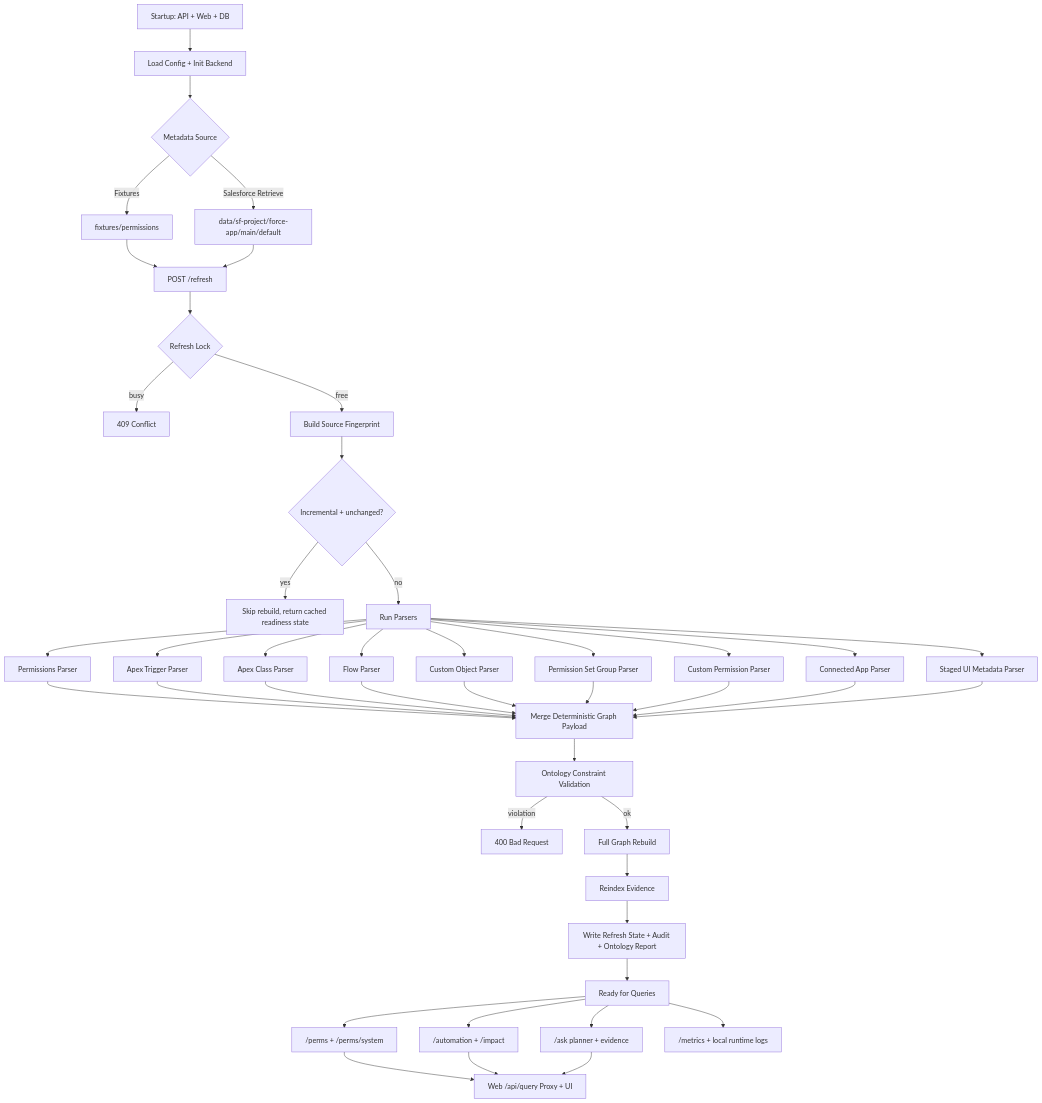
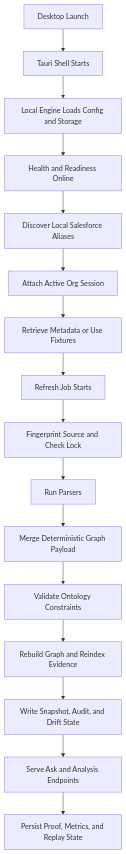
One commit to DigitalDreams-ai/OrgGraph changed the first of 2 diagrams in docs/ORGUMENTED_LIFECYCLE.md. Above: the diagram before and after it, drawn with Mermaid. The commit also changed other lines of this file and 15 other files, not shown here.

````diff
--- a/docs/ORGUMENTED_LIFECYCLE.md
+++ b/docs/ORGUMENTED_LIFECYCLE.md
@@ -119,56 +104,18 @@
 ```mermaid
 flowchart TD
-    A[Startup: API + Web + DB] --> B[Load Config + Init Backend]
-    B --> C{Metadata Source}
-    C -->|Fixtures| D[fixtures/permissions]
-    C -->|Salesforce Retrieve| E[data/sf-project/force-app/main/default]
-
-    D --> F[POST /refresh]
-    E --> F
-
-    F --> G{Refresh Lock}
-    G -->|busy| H[409 Conflict]
-    G -->|free| I[Build Source Fingerprint]
-
-    I --> J{Incremental + unchanged?}
-    J -->|yes| K[Skip rebuild, return cached readiness state]
-    J -->|no| L[Run Parsers]
-
-    L --> L1[Permissions Parser]
-    L --> L2[Apex Trigger Parser]
-    L --> L3[Apex Class Parser]
-    L --> L4[Flow Parser]
-    L --> L5[Custom Object Parser]
-    L --> L6[Permission Set Group Parser]
-    L --> L7[Custom Permission Parser]
-    L --> L8[Connected App Parser]
-    L --> L9[Staged UI Metadata Parser]
-
-    L1 --> M[Merge Deterministic Graph Payload]
-    L2 --> M
-    L3 --> M
-    L4 --> M
-    L5 --> M
-    L6 --> M
-    L7 --> M
-    L8 --> M
-    L9 --> M
-
-    M --> N[Ontology Constraint Validation]
-    N -->|violation| O[400 Bad Request]
-    N -->|ok| P[Full Graph Rebuild]
-
-    P --> Q[Reindex Evidence]
-    Q --> R[Write Refresh State + Audit + Ontology Report]
-    R --> S[Ready for Queries]
-
-    S --> T["/perms + /perms/system"]
-    S --> U["/automation + /impact"]
-    S --> V["/ask planner + evidence"]
-
-    T --> W["Web /api/query Proxy + UI"]
-    U --> W
-    V --> W
-
-    S --> X["/metrics + local runtime logs"]
+    A[Desktop Launch] --> B[Tauri Shell Starts]
+    B --> C[Local Engine Loads Config and Storage]
+    C --> D[Health and Readiness Online]
+    D --> E[Discover Local Salesforce Aliases]
+    E --> F[Attach Active Org Session]
+    F --> G[Retrieve Metadata or Use Fixtures]
+    G --> H[Refresh Job Starts]
+    H --> I[Fingerprint Source and Check Lock]
+    I --> J[Run Parsers]
+    J --> K[Merge Deterministic Graph Payload]
+    K --> L[Validate Ontology Constraints]
+    L --> M[Rebuild Graph and Reindex Evidence]
+    M --> N[Write Snapshot, Audit, and Drift State]
+    N --> O[Serve Ask and Analysis Endpoints]
+    O --> P[Persist Proof, Metrics, and Replay State]
 ```
````
